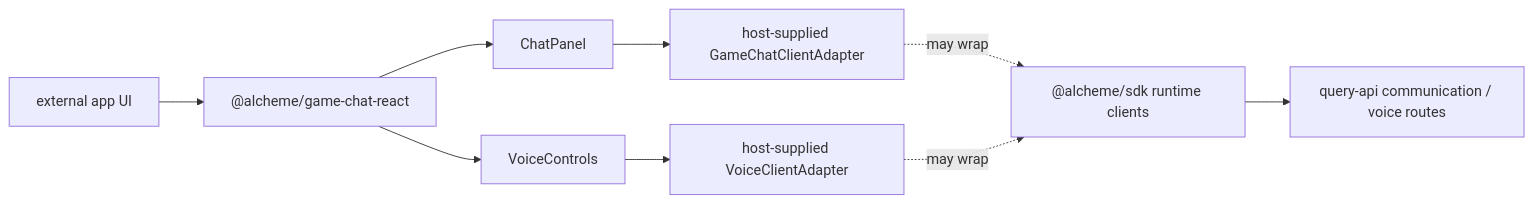
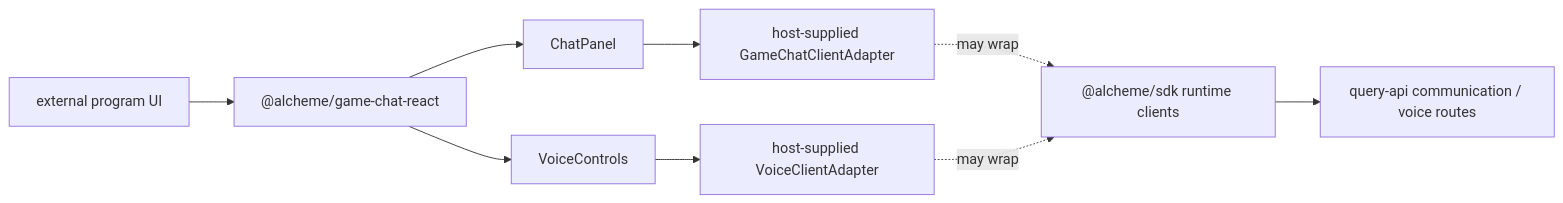
One commit to alcheme-labs/alcheme-protocol changed the first of 2 diagrams in packages/game-chat-react/README.md. Above: the diagram before and after it, drawn with Mermaid. The commit also changed other lines of this file and 18 other files, not shown here.

Commit message:
Document external program integration quickstart

````diff
--- a/packages/game-chat-react/README.md
+++ b/packages/game-chat-react/README.md
@@ -11,11 +15,11 @@
 ```mermaid
 flowchart LR
-    app["external app UI"] --> package["@alcheme/game-chat-react"]
+    app["external program UI"] --> package["@alcheme/game-chat-react"]
     package --> chat["ChatPanel"]
     package --> voice["VoiceControls"]
     chat --> adapter["host-supplied GameChatClientAdapter"]
     voice --> voice_adapter["host-supplied VoiceClientAdapter"]
     adapter -. "may wrap" .-> sdk["@alcheme/sdk runtime clients"]
     voice_adapter -. "may wrap" .-> sdk
     sdk --> query["query-api communication / voice routes"]
 ```
````
